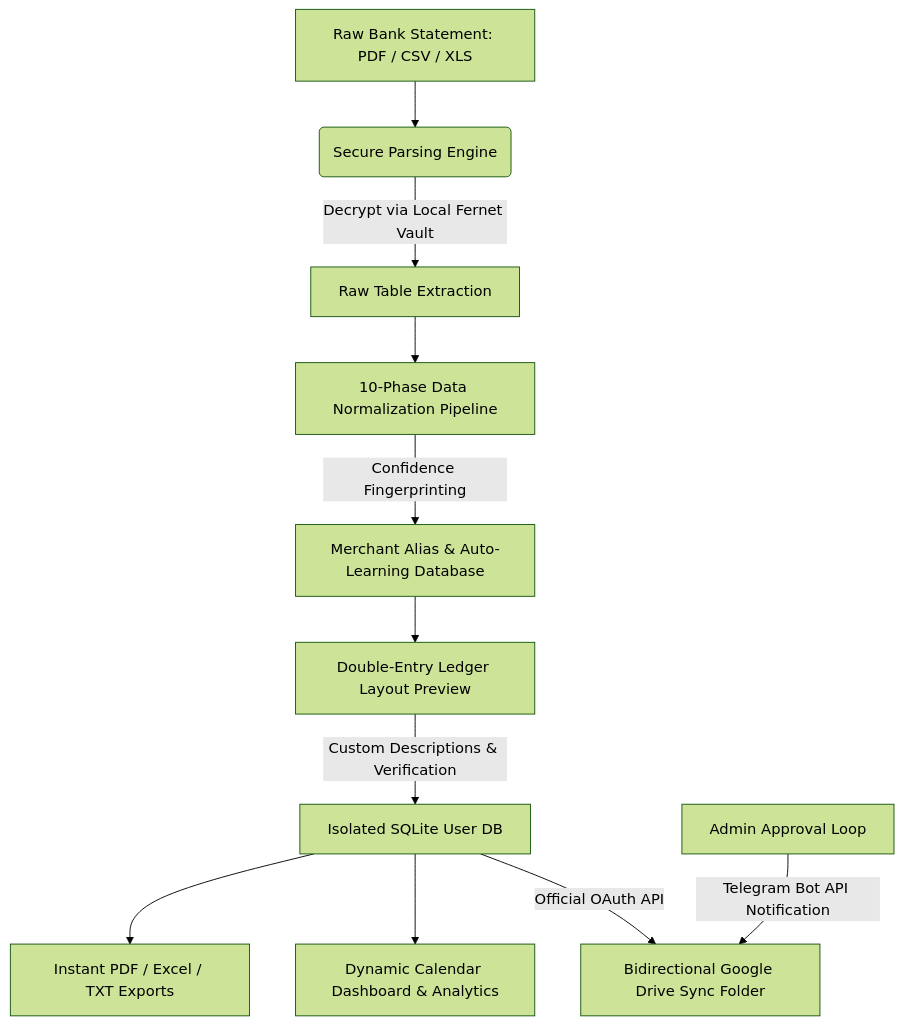
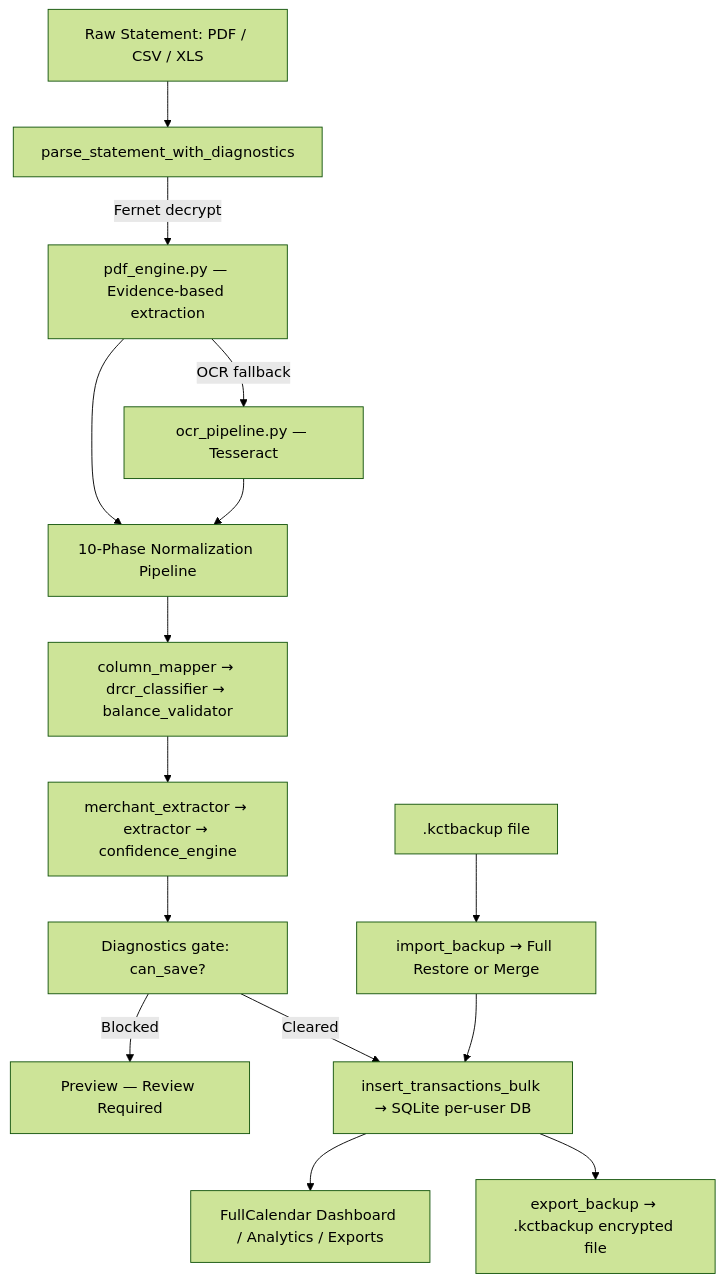
The diagram in README.md (sejeeswarank/KCTracker), drawn with Mermaid (forest theme) before and after one commit. The commit also changed other lines of this file, not shown here.

````diff
--- a/README.md
+++ b/README.md
@@ -13,13 +18,17 @@
 ```mermaid
 graph TD
-    A[Raw Bank Statement: PDF / CSV / XLS] --> B(Secure Parsing Engine)
-    B -->|Decrypt via Local Fernet Vault| C[Raw Table Extraction]
-    C --> D[10-Phase Data Normalization Pipeline]
-    D -->|Confidence Fingerprinting| E[Merchant Alias & Auto-Learning Database]
-    E --> F[Double-Entry Ledger Layout Preview]
-    F -->|Custom Descriptions & Verification| G[Isolated SQLite User DB]
-    G -->|Official OAuth API| H[Bidirectional Google Drive Sync Folder]
-    G --> I[Dynamic Calendar Dashboard & Analytics]
-    G --> J[Instant PDF / Excel / TXT Exports]
-    K[Admin Approval Loop] -->|Telegram Bot API Notification| H
+    A[Raw Statement: PDF / CSV / XLS] --> B[parse_statement_with_diagnostics]
+    B -->|Fernet decrypt| C[pdf_engine.py — Evidence-based extraction]
+    C -->|OCR fallback| D[ocr_pipeline.py — Tesseract]
+    C --> E[10-Phase Normalization Pipeline]
+    D --> E
+    E --> F[column_mapper → drcr_classifier → balance_validator]
+    F --> G[merchant_extractor → extractor → confidence_engine]
+    G --> H[Diagnostics gate: can_save?]
+    H -->|Blocked| I[Preview — Review Required]
+    H -->|Cleared| J[insert_transactions_bulk → SQLite per-user DB]
+    J --> L[FullCalendar Dashboard / Analytics / Exports]
+    J --> M[export_backup → .kctbackup encrypted file]
+    N[.kctbackup file] --> O[import_backup → Full Restore or Merge]
+    O --> J
 ```
````
